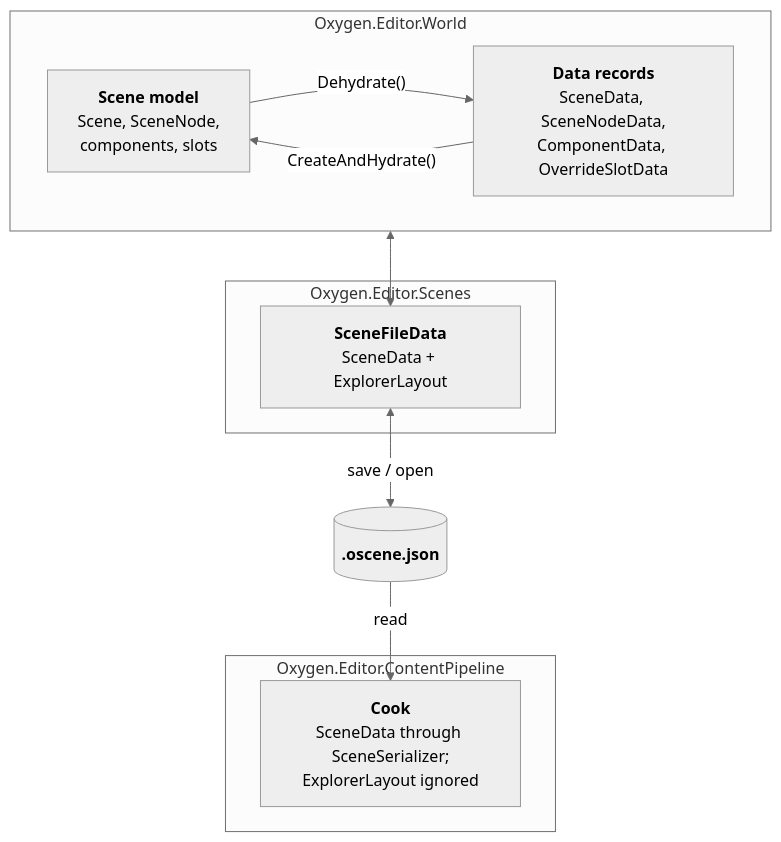
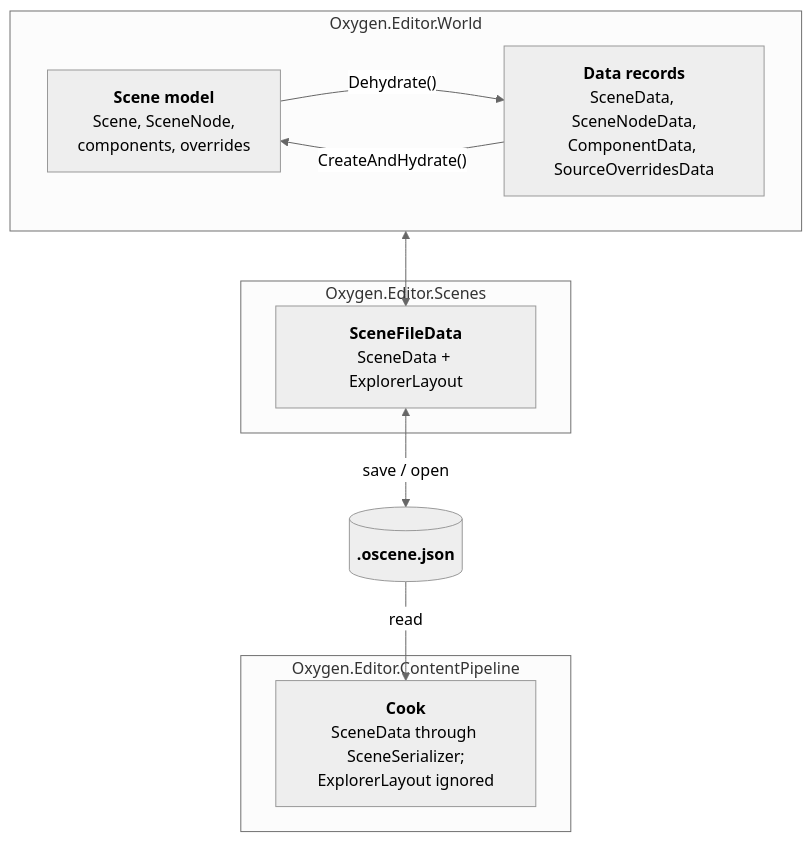
The fifth of 6 diagrams in projects/Oxygen.Editor.World/README.md (abdes/DroidNet), drawn with Mermaid (neutral theme) before and after one commit. The commit also changed other lines of this file and 203 other files, not shown here.

````diff
--- a/projects/Oxygen.Editor.World/README.md
+++ b/projects/Oxygen.Editor.World/README.md
@@ -369,24 +347,24 @@
 ```mermaid
 flowchart TB
     subgraph world["Oxygen.Editor.World"]
         direction LR
-        model["<b>Scene model</b><br/>Scene, SceneNode,<br/>components, slots"]
-        records["<b>Data records</b><br/>SceneData, SceneNodeData,<br/>ComponentData, OverrideSlotData"]
+        model["<b>Scene model</b><br/>Scene, SceneNode,<br/>components, overrides"]
+        records["<b>Data records</b><br/>SceneData, SceneNodeData,<br/>ComponentData, SourceOverridesData"]
         model -- "Dehydrate()" --> records
         records -- "CreateAndHydrate()" --> model
     end
 
     subgraph scenes["Oxygen.Editor.Scenes"]
         fileData["<b>SceneFileData</b><br/>SceneData + ExplorerLayout"]
     end
 
     file[("<b>.oscene.json</b>")]
 
     subgraph pipeline["Oxygen.Editor.ContentPipeline"]
         cook["<b>Cook</b><br/>SceneData through SceneSerializer;<br/>ExplorerLayout ignored"]
     end
 
     records <--> fileData
     fileData <-- "save / open" --> file
     file -- "read" --> cook
 ```
````
